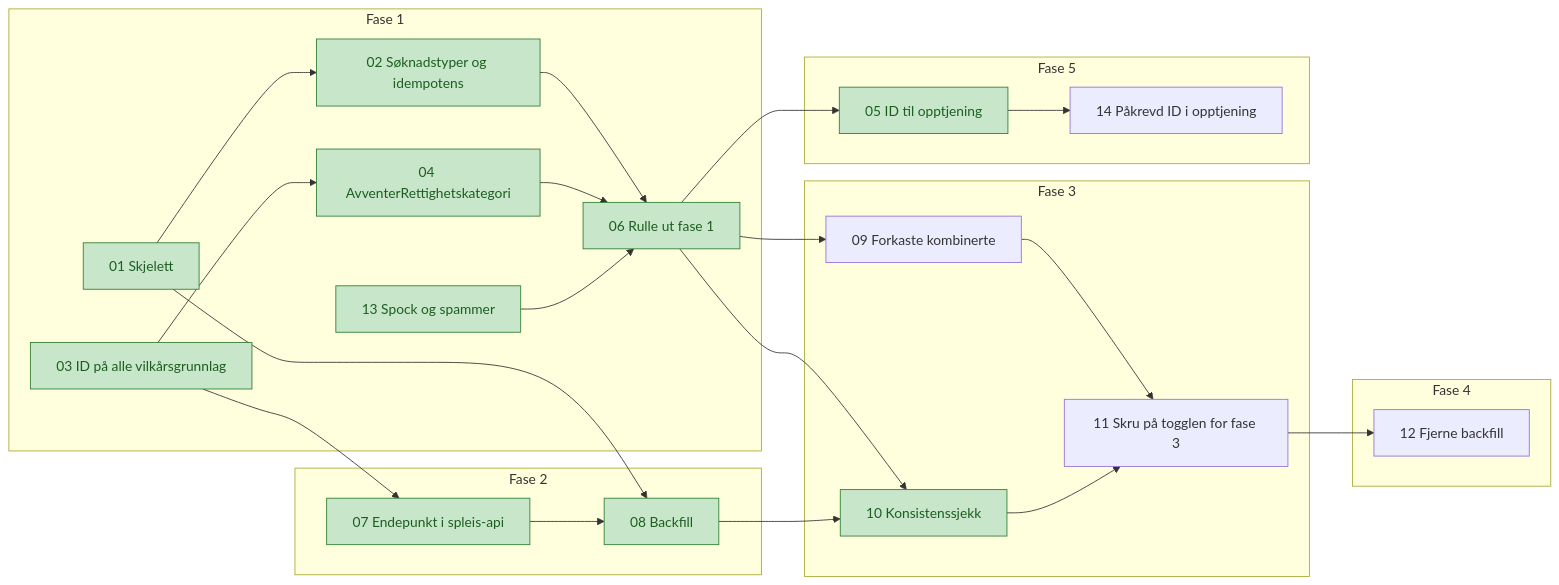
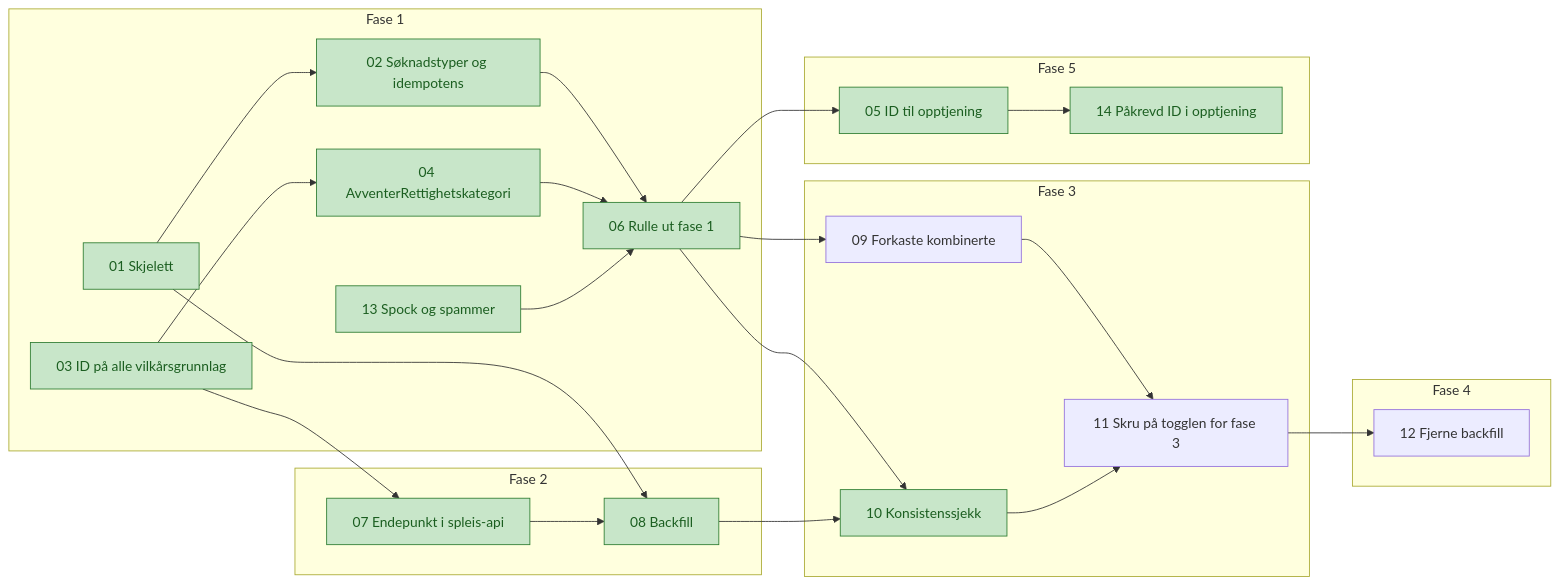
The diagram in docs/tickets/avklare-rettighetskategori/index.md (navikt/helse-sas-meta), drawn with Mermaid before and after one commit. The commit also changed other lines of this file and 3 other files, not shown here.

````diff
--- a/docs/tickets/avklare-rettighetskategori/index.md
+++ b/docs/tickets/avklare-rettighetskategori/index.md
@@ -22,33 +22,33 @@
 ```mermaid
 flowchart LR
     subgraph F1[Fase 1]
         T01[01 Skjelett] --> T02[02 Søknadstyper og idempotens]
         T03[03 ID på alle vilkårsgrunnlag] --> T04[04 AvventerRettighetskategori]
         T02 --> T06[06 Rulle ut fase 1]
         T04 --> T06
         T13[13 Spock og spammer] --> T06
     end
     subgraph F2[Fase 2]
         T07[07 Endepunkt i spleis-api] --> T08[08 Backfill]
     end
     subgraph F3[Fase 3]
         T09[09 Forkaste kombinerte] --> T11[11 Skru på togglen for fase 3]
         T10[10 Konsistenssjekk] --> T11
     end
     subgraph F4[Fase 4]
         T12[12 Fjerne backfill]
     end
     subgraph F5[Fase 5]
         T05[05 ID til opptjening] --> T14[14 Påkrevd ID i opptjening]
     end
     T06 --> T05
     T03 --> T07
     T01 --> T08
     T06 --> T09
     T06 --> T10
     T08 --> T10
     T11 --> T12
 
     classDef ferdig fill:#c8e6c9,stroke:#2e7d32,color:#1b5e20
-    class T01,T02,T03,T04,T05,T06,T07,T08,T10,T13 ferdig
+    class T01,T02,T03,T04,T05,T06,T07,T08,T10,T13,T14 ferdig
 ```
````
